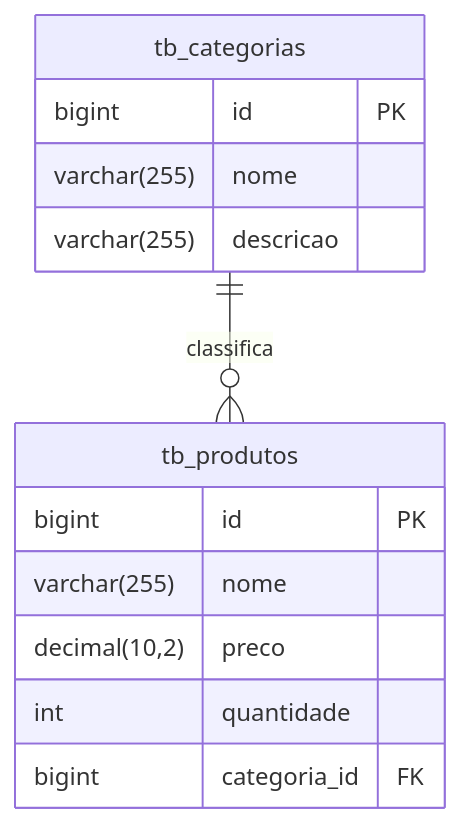
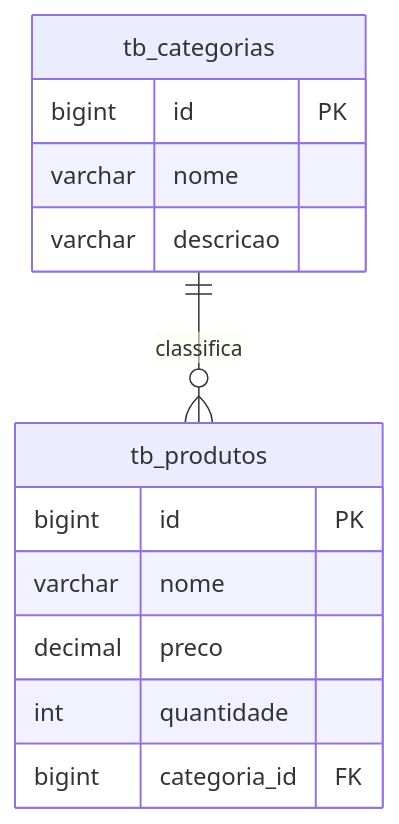
The second of 2 diagrams in README.md (MyListon/games), drawn with Mermaid before and after one commit.

````diff
--- a/README.md
+++ b/README.md
@@ -87,16 +87,16 @@
 ```mermaid
 erDiagram
     tb_categorias ||--o{ tb_produtos : classifica
     tb_categorias {
         bigint id PK
-        varchar(255) nome
-        varchar(255) descricao
+        varchar nome
+        varchar descricao
     }
     tb_produtos {
         bigint id PK
-        varchar(255) nome
-        decimal(10,2) preco
+        varchar nome
+        decimal preco
         int quantidade
         bigint categoria_id FK
     }
 ```
````
